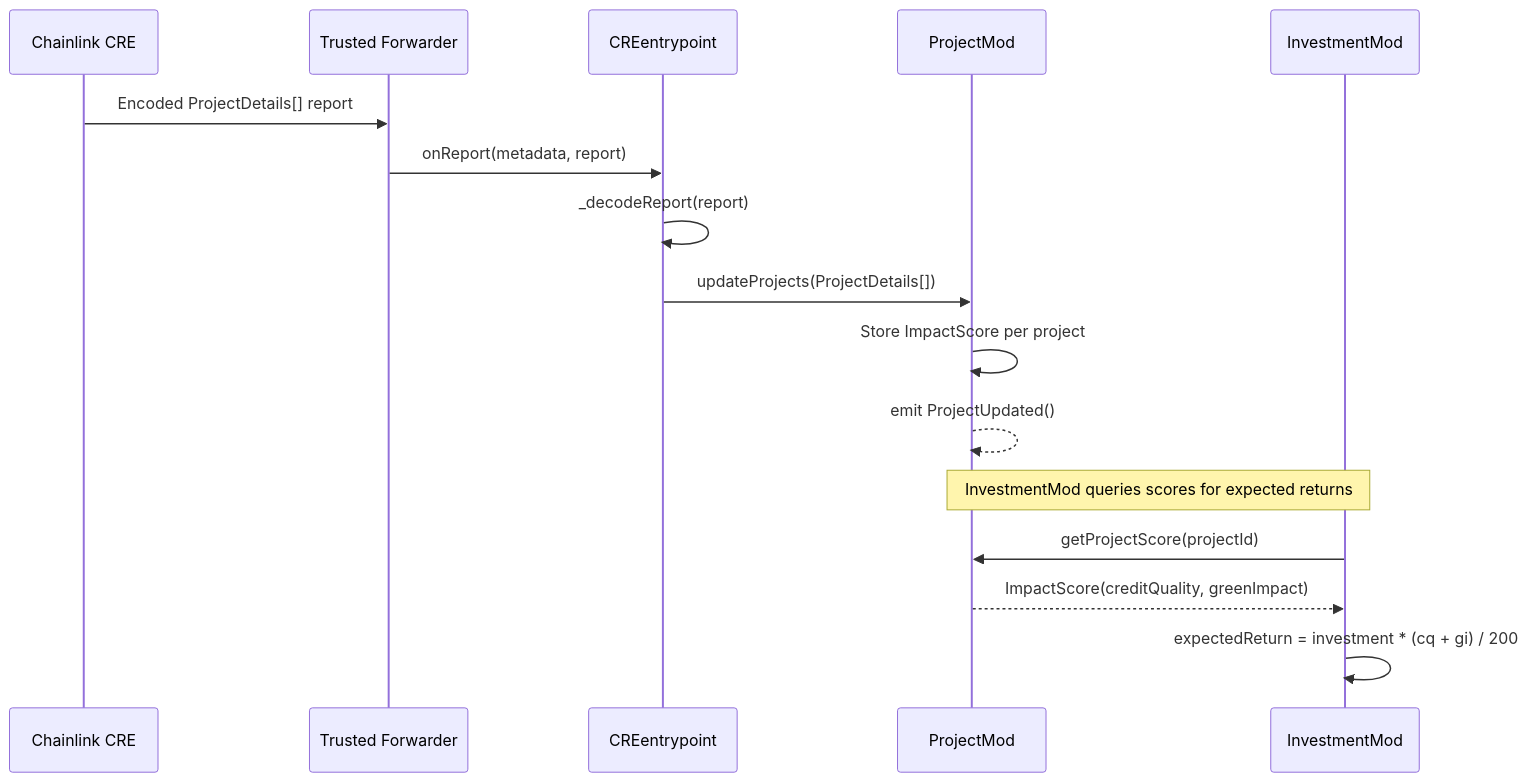
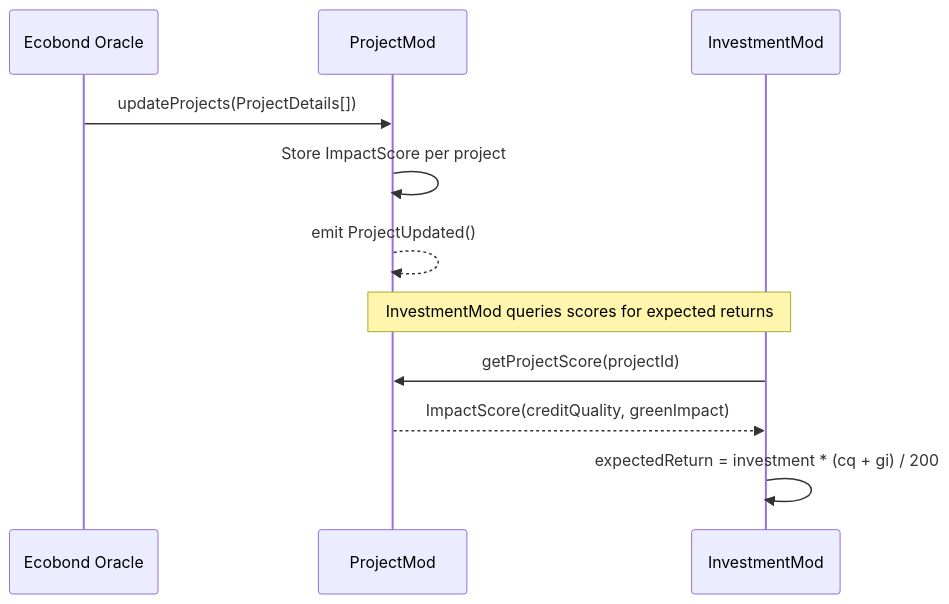
One commit to Ecobond/contracts-hedera changed the third of 4 diagrams in README.md. Above: the diagram before and after it, drawn with Mermaid. The commit also changed other lines of this file, not shown here.

````diff
--- a/README.md
+++ b/README.md
@@ -62,19 +58,14 @@
 ```mermaid
 sequenceDiagram
-    participant CRE as Chainlink CRE
-    participant FW as Trusted Forwarder
-    participant EP as CREentrypoint
+    participant EO as Ecobond Oracle
     participant PM as ProjectMod
     participant IM as InvestmentMod
 
-    CRE->>FW: Encoded ProjectDetails[] report
-    FW->>EP: onReport(metadata, report)
-    EP->>EP: _decodeReport(report)
-    EP->>PM: updateProjects(ProjectDetails[])
+    EO->>PM: updateProjects(ProjectDetails[])
     PM->>PM: Store ImpactScore per project
     PM-->>PM: emit ProjectUpdated()
     Note over IM,PM: InvestmentMod queries scores for expected returns
     IM->>PM: getProjectScore(projectId)
     PM-->>IM: ImpactScore(creditQuality, greenImpact)
     IM->>IM: expectedReturn = investment * (cq + gi) / 200
 ```
````
